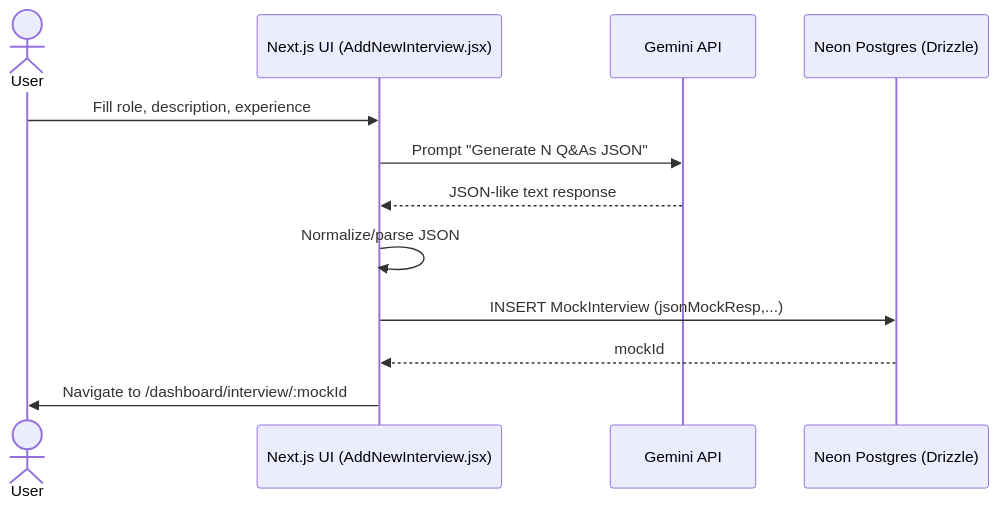
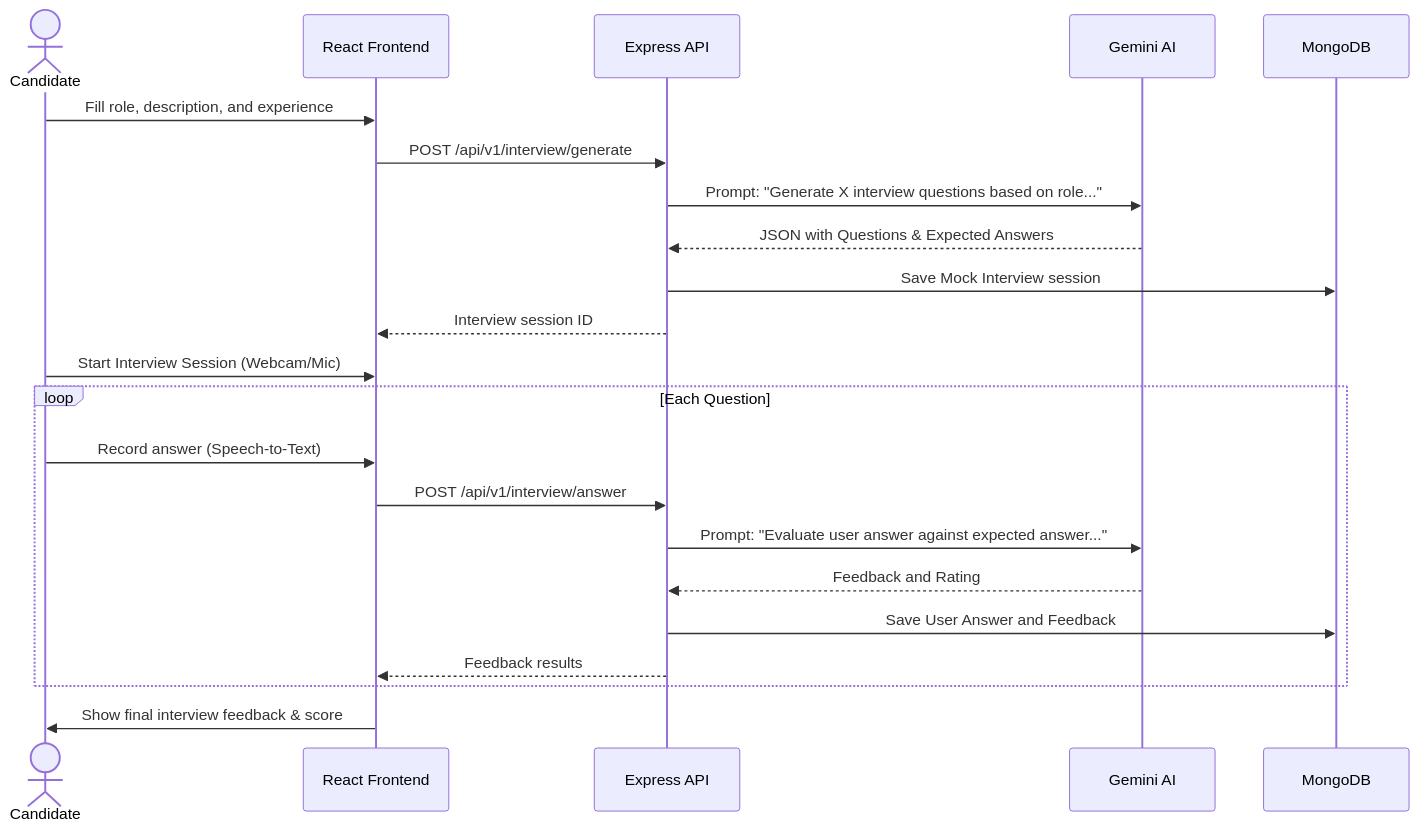
One commit to pavan800869/CareerLens changed the second of 4 diagrams in README.md. Above: the diagram before and after it, drawn with Mermaid. The commit also changed other lines of this file and 4 other files, not shown here.

````diff
--- a/README.md
+++ b/README.md
@@ -88,15 +48,26 @@
 ```mermaid
 sequenceDiagram
-  actor User
-  participant UI as Next.js UI (AddNewInterview.jsx)
-  participant GEM as Gemini API
-  participant PG as Neon Postgres (Drizzle)
+  actor Candidate
+  participant SPA as React Frontend
+  participant API as Express API
+  participant AI as Gemini AI
+  participant DB as MongoDB
 
-  User->>UI: Fill role, description, experience
-  UI->>GEM: Prompt "Generate N Q&As JSON"
-  GEM-->>UI: JSON-like text response
-  UI->>UI: Normalize/parse JSON
-  UI->>PG: INSERT MockInterview (jsonMockResp,...)
-  PG-->>UI: mockId
-  UI->>User: Navigate to /dashboard/interview/:mockId
+  Candidate->>SPA: Fill role, description, and experience
+  SPA->>API: POST /api/v1/interview/generate
+  API->>AI: Prompt: "Generate X interview questions based on role..."
+  AI-->>API: JSON with Questions & Expected Answers
+  API->>DB: Save Mock Interview session
+  API-->>SPA: Interview session ID
+
+  Candidate->>SPA: Start Interview Session (Webcam/Mic)
+  loop Each Question
+    Candidate->>SPA: Record answer (Speech-to-Text)
+    SPA->>API: POST /api/v1/interview/answer
+    API->>AI: Prompt: "Evaluate user answer against expected answer..."
+    AI-->>API: Feedback and Rating
+    API->>DB: Save User Answer and Feedback
+    API-->>SPA: Feedback results
+  end
+  SPA->>Candidate: Show final interview feedback & score
 ```
````
